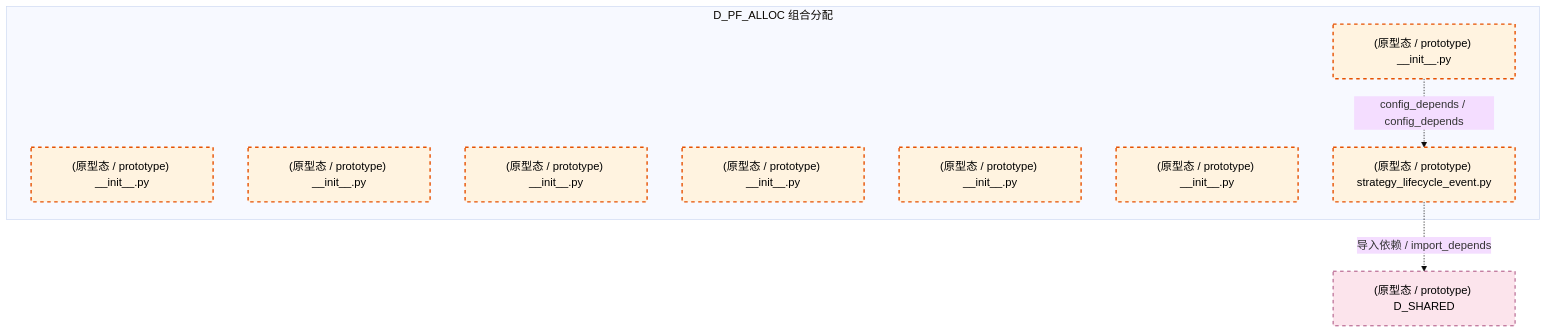
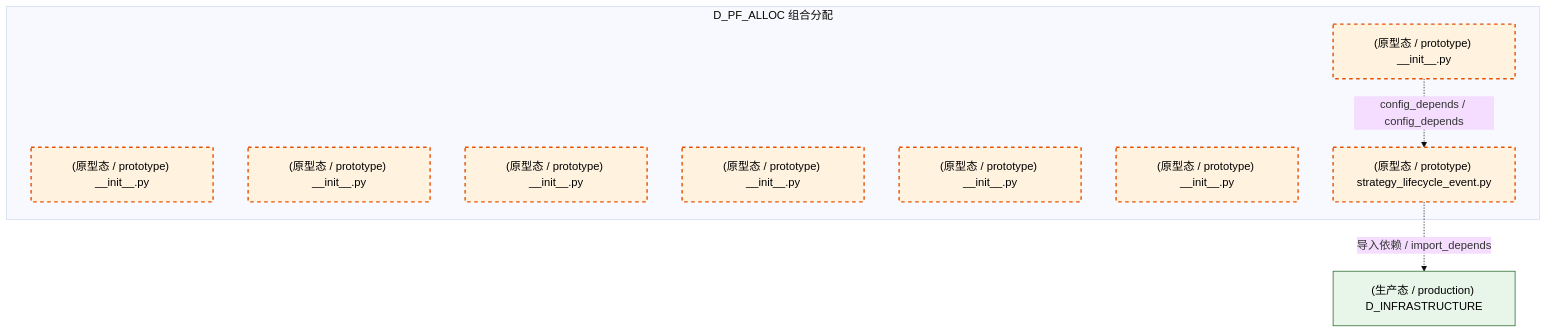
One commit to xuanFelixVan/ZephyrAlpha changed the fourth of 5 diagrams in docs/02_enterprise_architecture/02_domain_architecture_docs/51_d_pf_alloc.md. Above: the diagram before and after it, drawn with Mermaid (base theme). The commit also changed other lines of this file and 126 other files, not shown here.

````diff
--- a/docs/02_enterprise_architecture/02_domain_architecture_docs/51_d_pf_alloc.md
+++ b/docs/02_enterprise_architecture/02_domain_architecture_docs/51_d_pf_alloc.md
@@ -151,22 +152,22 @@
 ```mermaid
 graph TD
     subgraph D_PF_ALLOC["D_PF_ALLOC 组合分配"]
         src_zephyr_pf_alloc_init_py["(原型态 / prototype) __init__.py"]
         src_zephyr_pf_alloc_extensions_init_py["(原型态 / prototype) __init__.py"]
         src_zephyr_pf_alloc_api_init_py["(原型态 / prototype) __init__.py"]
         src_zephyr_pf_alloc_core_init_py["(原型态 / prototype) __init__.py"]
         src_zephyr_pf_alloc_infrastructure_init_py["(原型态 / prototype) __init__.py"]
         src_zephyr_pf_alloc_models_init_py["(原型态 / prototype) __init__.py"]
         src_zephyr_pf_alloc_services_init_py["(原型态 / prototype) __init__.py"]
         src_zephyr_pf_alloc_strategy_lifecycle_event_py["(原型态 / prototype) strategy_lifecycle_event.py"]
     end
     src_zephyr_pf_alloc_init_py -.->|config_depends / config_depends| src_zephyr_pf_alloc_strategy_lifecycle_event_py
-    D_SHARED["(原型态 / prototype) D_SHARED"]
-    src_zephyr_pf_alloc_strategy_lifecycle_event_py -.->|导入依赖 / import_depends| D_SHARED
+    D_INFRASTRUCTURE["(生产态 / production) D_INFRASTRUCTURE"]
+    src_zephyr_pf_alloc_strategy_lifecycle_event_py -.->|导入依赖 / import_depends| D_INFRASTRUCTURE
     classDef production fill:#e1f5fe,stroke:#01579b,stroke-width:2px,color:#000
     classDef design fill:#fff3e0,stroke:#e65100,stroke-width:2px,color:#000,stroke-dasharray: 5 5
     classDef external_prod fill:#e8f5e9,stroke:#1b5e20,stroke-width:1px,color:#000
     classDef external_design fill:#fce4ec,stroke:#880e4f,stroke-width:1px,color:#000,stroke-dasharray: 5 5
     class src_zephyr_pf_alloc_init_py,src_zephyr_pf_alloc_extensions_init_py,src_zephyr_pf_alloc_api_init_py,src_zephyr_pf_alloc_core_init_py,src_zephyr_pf_alloc_infrastructure_init_py,src_zephyr_pf_alloc_models_init_py,src_zephyr_pf_alloc_services_init_py,src_zephyr_pf_alloc_strategy_lifecycle_event_py design
-    class D_SHARED external_design
+    class D_INFRASTRUCTURE external_prod
 ```
````
